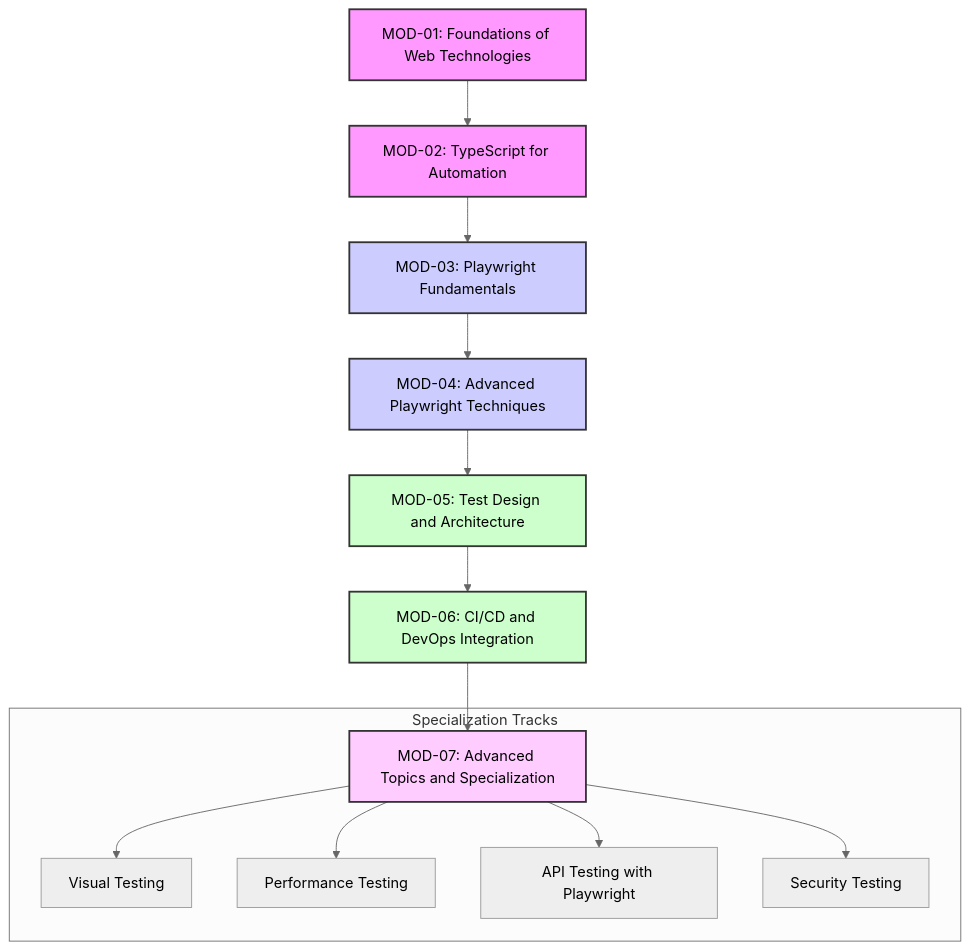
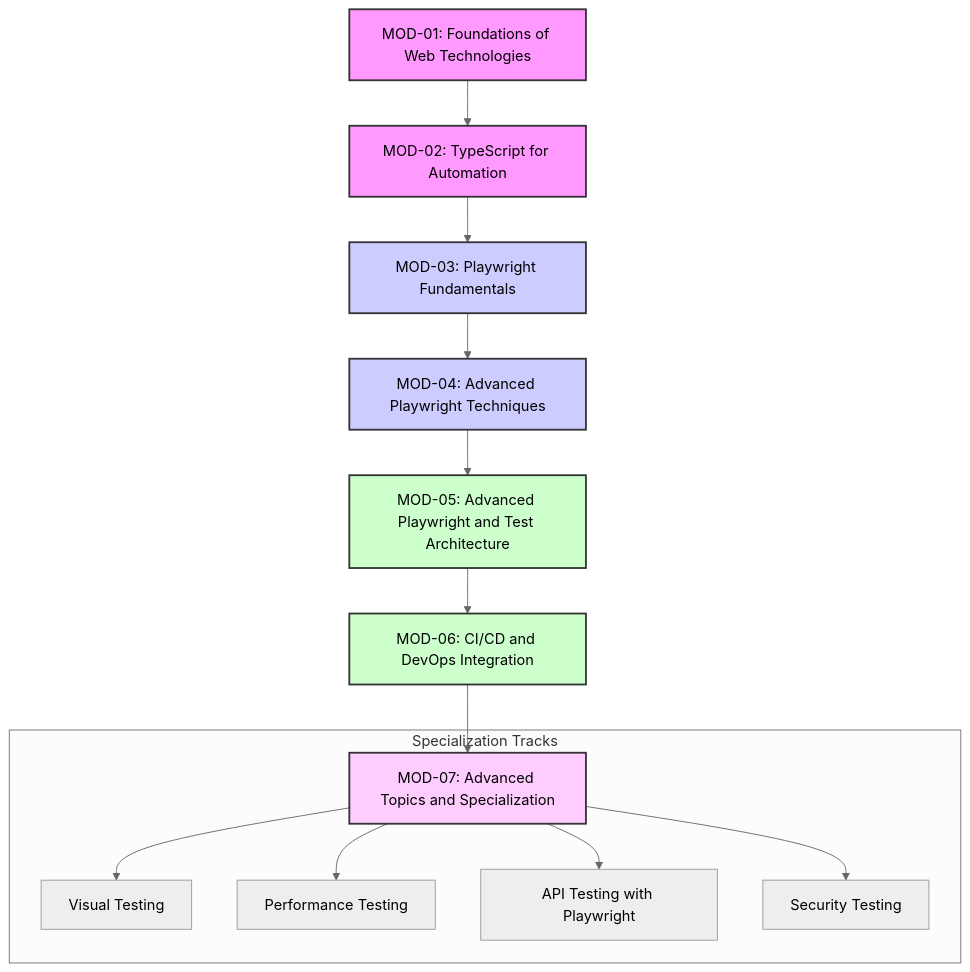
The diagram in docs/roadmaps/roadmap.md (ChuKhaLi/playwright-path), drawn with Mermaid (neutral theme) before and after one commit. The commit also changed other lines of this file and 288 other files, not shown here.

````diff
--- a/docs/roadmaps/roadmap.md
+++ b/docs/roadmaps/roadmap.md
@@ -23,24 +23,24 @@
 ```mermaid
 graph TD
     A[MOD-01: Foundations of Web Technologies] --> B[MOD-02: TypeScript for Automation];
     B --> C[MOD-03: Playwright Fundamentals];
     C --> D[MOD-04: Advanced Playwright Techniques];
-    D --> E[MOD-05: Test Design and Architecture];
+    D --> E[MOD-05: Advanced Playwright and Test Architecture];
     E --> F[MOD-06: CI/CD and DevOps Integration];
     F --> G[MOD-07: Advanced Topics and Specialization];
 
     subgraph "Specialization Tracks"
         G --> G1[Visual Testing];
         G --> G2[Performance Testing];
         G --> G3[API Testing with Playwright];
         G --> G4[Security Testing];
     end
 
     style A fill:#f9f,stroke:#333,stroke-width:2px
     style B fill:#f9f,stroke:#333,stroke-width:2px
     style C fill:#ccf,stroke:#333,stroke-width:2px
     style D fill:#ccf,stroke:#333,stroke-width:2px
     style E fill:#cfc,stroke:#333,stroke-width:2px
     style F fill:#cfc,stroke:#333,stroke-width:2px
     style G fill:#fcf,stroke:#333,stroke-width:2px
 ```
````
